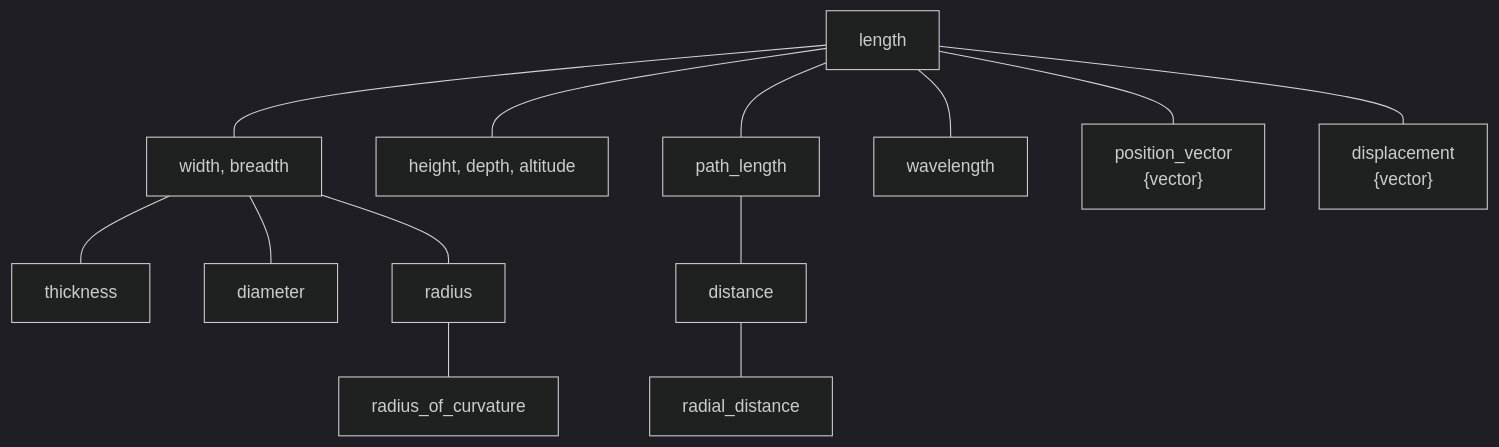
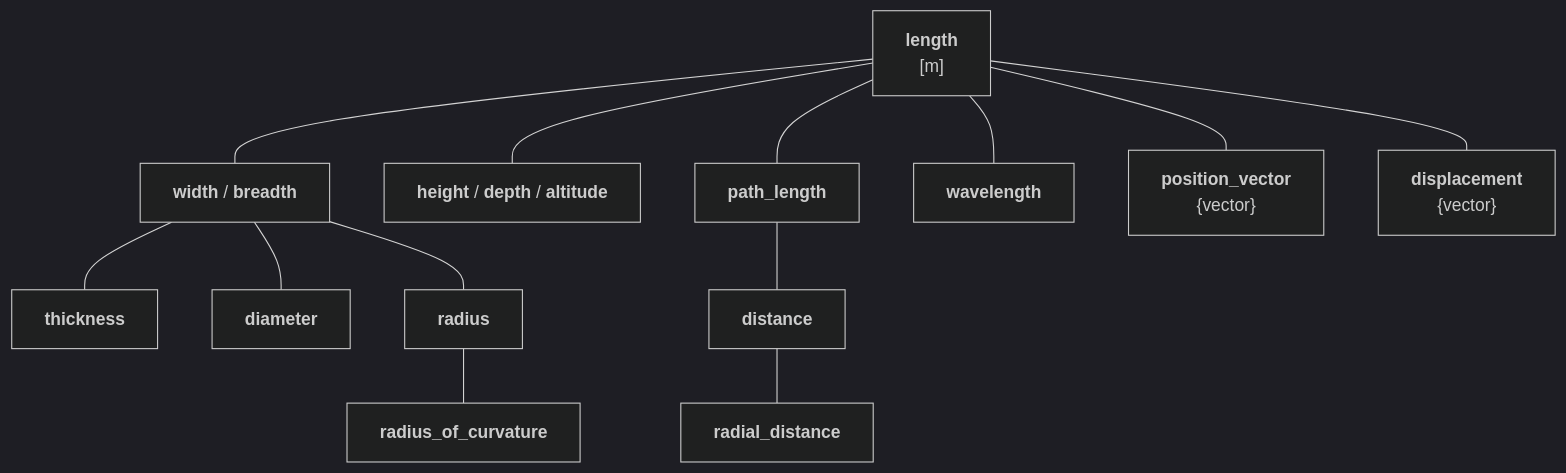
Before and after one commit to mpusz/mp-units: the first of 2 diagrams in docs/users_guide/framework_basics/systems_of_quantities.md, drawn with Mermaid (dark theme). The commit also changed other lines of this file and 1 other file, not shown here.

Commit message:
docs: graphs of ISQ kind hierarchies improved

````diff
--- a/docs/users_guide/framework_basics/systems_of_quantities.md
+++ b/docs/users_guide/framework_basics/systems_of_quantities.md
@@ -100,15 +100,16 @@
 ```mermaid
 flowchart TD
-    length --- width[width, breadth]
-    length --- height[height, depth, altitude]
-    width --- thickness
-    width --- diameter
-    width --- radius
-    length --- path_length
-    path_length --- distance
-    distance --- radial_distance
-    length --- wavelength
-    length --- position_vector["position_vector<br>{vector}"]
-    length --- displacement["displacement<br>{vector}"]
-    radius --- radius_of_curvature
+    length["<b>length</b><br>[m]"]
+    length --- width["<b>width</b> / <b>breadth</b>"]
+    length --- height["<b>height</b> / <b>depth</b> / <b>altitude</b>"]
+    width --- thickness["<b>thickness</b>"]
+    width --- diameter["<b>diameter</b>"]
+    width --- radius["<b>radius</b>"]
+    length --- path_length["<b>path_length</b>"]
+    path_length --- distance["<b>distance</b>"]
+    distance --- radial_distance["<b>radial_distance</b>"]
+    length --- wavelength["<b>wavelength</b>"]
+    length --- position_vector["<b>position_vector</b><br>{vector}"]
+    length --- displacement["<b>displacement</b><br>{vector}"]
+    radius --- radius_of_curvature["<b>radius_of_curvature</b>"]
 ```
````
